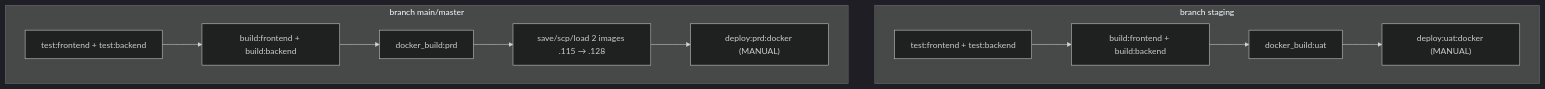
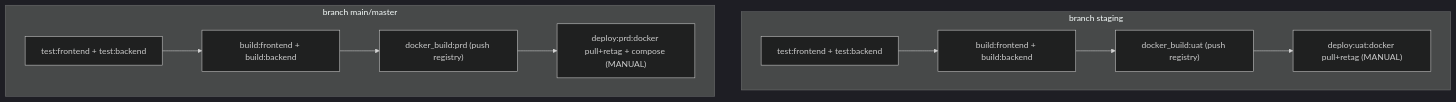
Before and after one commit to EEMEEMMEEx/dtrs-app: the diagram in docs/GitLab-CI-Plan.md, drawn with Mermaid (dark theme). The commit also changed other lines of this file and 10 other files, not shown here.

First line of the commit message:
Switch CI deploy from image transfer to private registry push/pull.

````diff
--- a/docs/GitLab-CI-Plan.md
+++ b/docs/GitLab-CI-Plan.md
@@ -114,19 +114,18 @@
 ```mermaid
 flowchart TD
   subgraph staging [branch staging]
     T1[test:frontend + test:backend]
     B1[build:frontend + build:backend]
-    DB1[docker_build:uat]
-    D1["deploy:uat:docker (MANUAL)"]
+    DB1["docker_build:uat (push registry)"]
+    D1["deploy:uat:docker pull+retag (MANUAL)"]
     T1 --> B1 --> DB1 --> D1
   end
 
   subgraph main [branch main/master]
     T2[test:frontend + test:backend]
     B2[build:frontend + build:backend]
-    DB2[docker_build:prd]
-    XF["save/scp/load 2 images .115 → .128"]
-    D2["deploy:prd:docker (MANUAL)"]
-    T2 --> B2 --> DB2 --> XF --> D2
+    DB2["docker_build:prd (push registry)"]
+    D2["deploy:prd:docker pull+retag + compose (MANUAL)"]
+    T2 --> B2 --> DB2 --> D2
   end
 ```
````
